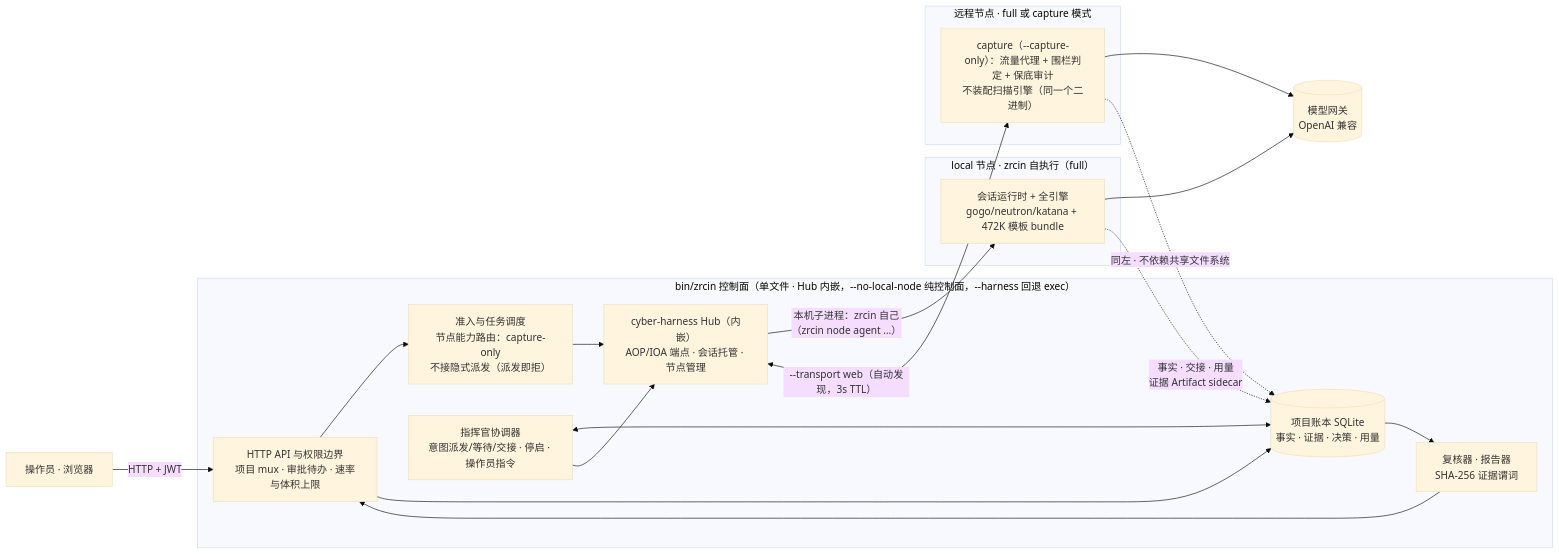
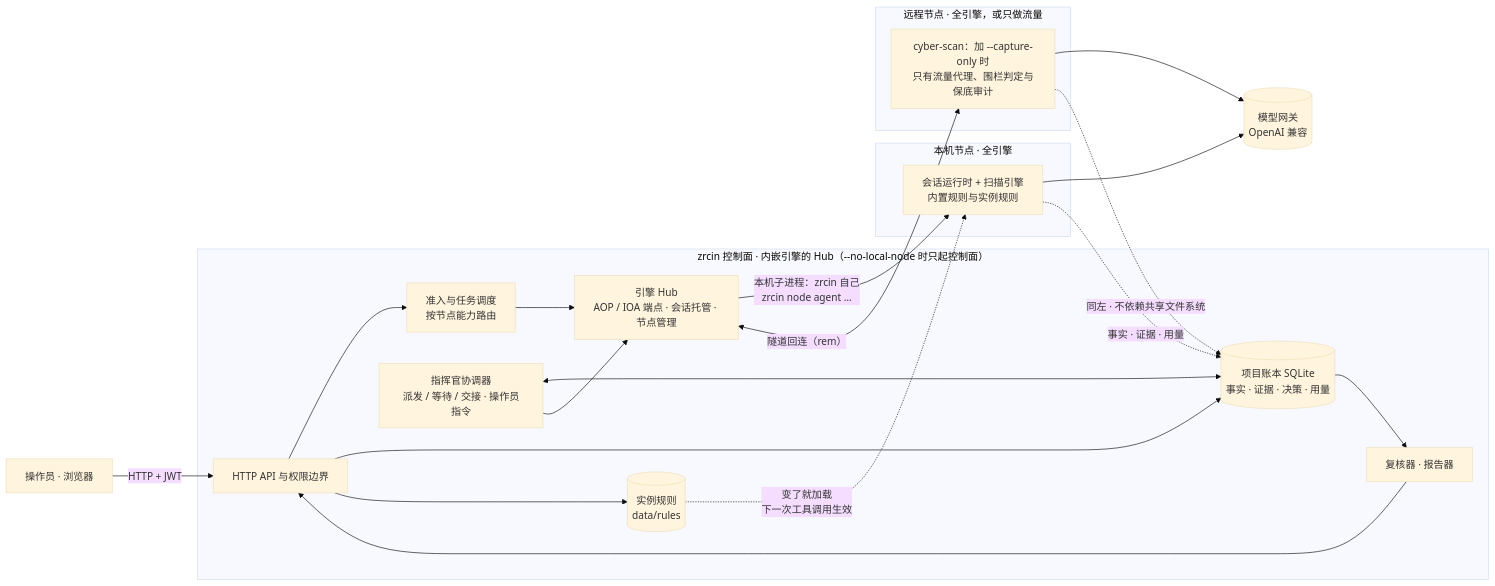
The first of 2 diagrams in README.md (c1ayooo/4zrcin), drawn with Mermaid (base theme) before and after one commit. The commit also changed other lines of this file and 1 other file, not shown here.

First line of the commit message:
docs: the README starts with what 4zrcin is and maps the seven repositories

````diff
--- a/README.md
+++ b/README.md
@@ -34,36 +46,39 @@
 ```mermaid
 flowchart LR
   OP[操作员 · 浏览器] -->|HTTP + JWT| API
 
-  subgraph CTRL["bin/zrcin 控制面（单文件 · Hub 内嵌，--no-local-node 纯控制面，--harness 回退 exec）"]
-    API["HTTP API 与权限边界<br/>项目 mux · 审批待办 · 速率与体积上限"]
-    DISPATCH["准入与任务调度<br/>节点能力路由：capture-only<br/>不接隐式派发（派发即拒）"]
-    CMD["指挥官协调器<br/>意图派发/等待/交接 · 停启 · 操作员指令"]
+  subgraph CTRL["zrcin 控制面 · 内嵌引擎的 Hub（--no-local-node 时只起控制面）"]
+    API["HTTP API 与权限边界"]
+    DISPATCH["准入与任务调度<br/>按节点能力路由"]
+    CMD["指挥官协调器<br/>派发 / 等待 / 交接 · 操作员指令"]
     LEDGER[("项目账本 SQLite<br/>事实 · 证据 · 决策 · 用量")]
-    REVIEW["复核器 · 报告器<br/>SHA-256 证据谓词"]
-    HUB["cyber-harness Hub（内嵌）<br/>AOP/IOA 端点 · 会话托管 · 节点管理"]
+    REVIEW["复核器 · 报告器"]
+    HUB["引擎 Hub<br/>AOP / IOA 端点 · 会话托管 · 节点管理"]
+    RULES[("实例规则<br/>data/rules")]
   end
 
   API --> DISPATCH
   API --> LEDGER
+  API --> RULES
+  DISPATCH --> HUB
   CMD <--> LEDGER
   CMD --> HUB
-  DISPATCH --> HUB
   LEDGER --> REVIEW
   REVIEW --> API
 
-  HUB -->|"本机子进程：zrcin 自己<br/>（zrcin node agent …）"| SCAN1
-  HUB <-->|"--transport web（自动发现，3s TTL）"| SCAN2
+  HUB -->|"本机子进程：zrcin 自己<br/>zrcin node agent …"| SCAN1
+  HUB <-->|"隧道回连（rem）"| SCAN2
+  RULES -.->|"变了就加载<br/>下一次工具调用生效"| SCAN1
 
-  subgraph NODE1["local 节点 · zrcin 自执行（full）"]
-    SCAN1["会话运行时 + 全引擎<br/>gogo/neutron/katana + 472K 模板 bundle"]
+  subgraph NODE1["本机节点 · 全引擎"]
+    SCAN1["会话运行时 + 扫描引擎<br/>内置规则与实例规则"]
   end
-  subgraph NODE2["远程节点 · full 或 capture 模式"]
-    SCAN2["capture（--capture-only）：流量代理 + 围栏判定 + 保底审计<br/>不装配扫描引擎（同一个二进制）"]
+  subgraph NODE2["远程节点 · 全引擎，或只做流量"]
+    SCAN2["cyber-scan：加 --capture-only 时<br/>只有流量代理、围栏判定与保底审计"]
   end
 
   SCAN1 --> LLM[(模型网关<br/>OpenAI 兼容)]
   SCAN2 --> LLM
-  SCAN1 -.->|"事实 · 交接 · 用量<br/>证据 Artifact sidecar"| LEDGER
+  SCAN1 -.->|"事实 · 证据 · 用量"| LEDGER
   SCAN2 -.->|"同左 · 不依赖共享文件系统"| LEDGER
 ```
````
